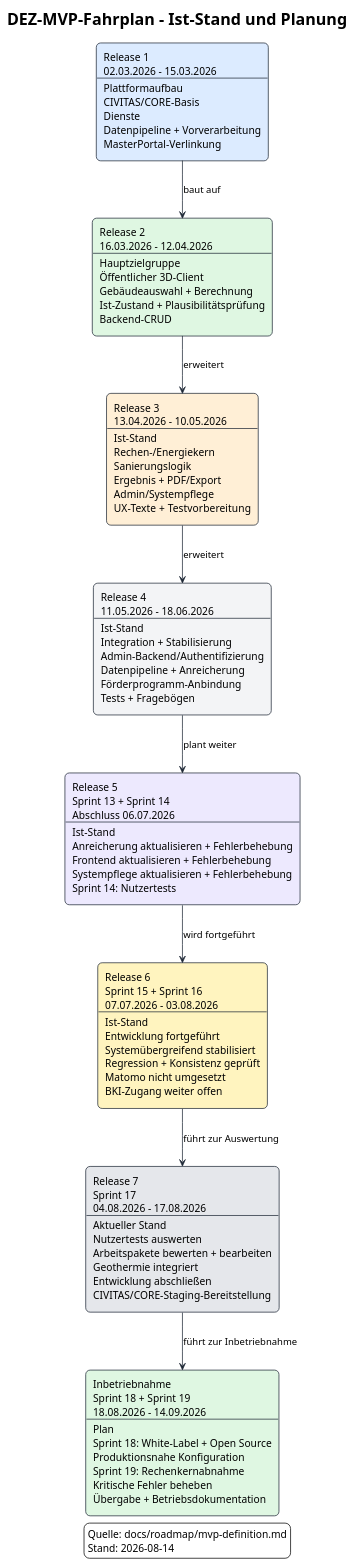
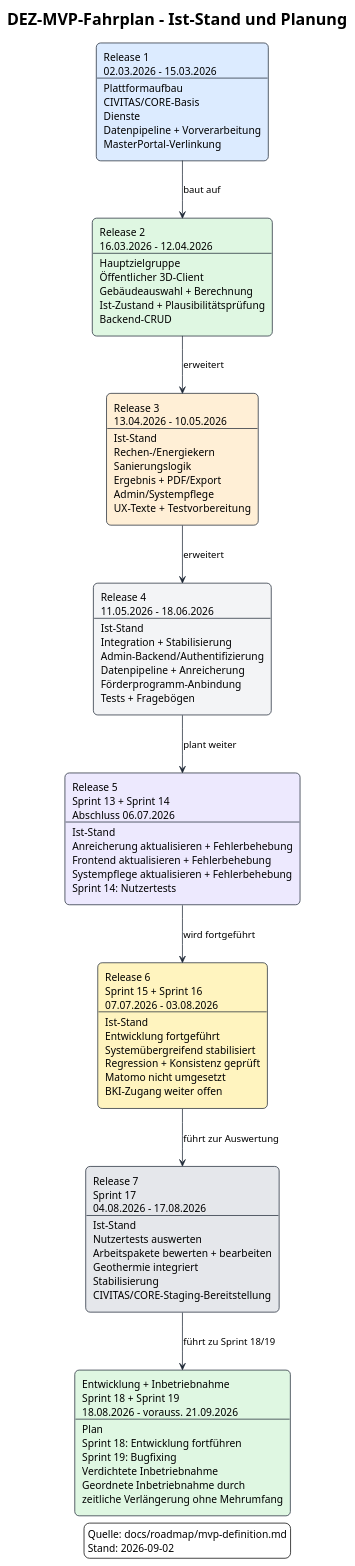
One commit to csi-FOXBYTE/Regensburg_DigitalerEnergieZwilling_Backend changed the diagram in docs/roadmap/raw/mvp-roadmap.puml. Above: the diagram before and after it, drawn with PlantUML. The commit also changed 3 other files, not shown here.

Commit message:
docs: updated roadmap and source references

```diff
--- a/docs/roadmap/raw/mvp-roadmap.puml
+++ b/docs/roadmap/raw/mvp-roadmap.puml
@@ -1,44 +1,44 @@
 @startuml
 !theme plain
 
 title DEZ-MVP-Fahrplan - Ist-Stand und Planung
 top to bottom direction
 
 skinparam shadowing false
 skinparam defaultFontName Arial
 skinparam rectangle {
   RoundCorner 12
   BorderColor #1F2937
 }
 skinparam ArrowColor #1F2937
 
 rectangle "Release 1\n02.03.2026 - 15.03.2026\n---\nPlattformaufbau\nCIVITAS/CORE-Basis\nDienste\nDatenpipeline + Vorverarbeitung\nMasterPortal-Verlinkung" as R1 #DCEBFF
 
 rectangle "Release 2\n16.03.2026 - 12.04.2026\n---\nHauptzielgruppe\nÖffentlicher 3D-Client\nGebäudeauswahl + Berechnung\nIst-Zustand + Plausibilitätsprüfung\nBackend-CRUD" as R2 #DFF7E2
 
 rectangle "Release 3\n13.04.2026 - 10.05.2026\n---\nIst-Stand\nRechen-/Energiekern\nSanierungslogik\nErgebnis + PDF/Export\nAdmin/Systempflege\nUX-Texte + Testvorbereitung" as R3 #FFEFD6
 
 rectangle "Release 4\n11.05.2026 - 18.06.2026\n---\nIst-Stand\nIntegration + Stabilisierung\nAdmin-Backend/Authentifizierung\nDatenpipeline + Anreicherung\nFörderprogramm-Anbindung\nTests + Fragebögen" as R4 #F3F4F6
 
 rectangle "Release 5\nSprint 13 + Sprint 14\nAbschluss 06.07.2026\n---\nIst-Stand\nAnreicherung aktualisieren + Fehlerbehebung\nFrontend aktualisieren + Fehlerbehebung\nSystempflege aktualisieren + Fehlerbehebung\nSprint 14: Nutzertests" as R5 #EDE9FE
 
 rectangle "Release 6\nSprint 15 + Sprint 16\n07.07.2026 - 03.08.2026\n---\nIst-Stand\nEntwicklung fortgeführt\nSystemübergreifend stabilisiert\nRegression + Konsistenz geprüft\nMatomo nicht umgesetzt\nBKI-Zugang weiter offen" as R6 #FFF4BF
 
-rectangle "Release 7\nSprint 17\n04.08.2026 - 17.08.2026\n---\nAktueller Stand\nNutzertests auswerten\nArbeitspakete bewerten + bearbeiten\nGeothermie integriert\nEntwicklung abschließen\nCIVITAS/CORE-Staging-Bereitstellung" as R7 #E5E7EB
+rectangle "Release 7\nSprint 17\n04.08.2026 - 17.08.2026\n---\nIst-Stand\nNutzertests auswerten\nArbeitspakete bewerten + bearbeiten\nGeothermie integriert\nStabilisierung\nCIVITAS/CORE-Staging-Bereitstellung" as R7 #E5E7EB
 
-rectangle "Inbetriebnahme\nSprint 18 + Sprint 19\n18.08.2026 - 14.09.2026\n---\nPlan\nSprint 18: White-Label + Open Source\nProduktionsnahe Konfiguration\nSprint 19: Rechenkernabnahme\nKritische Fehler beheben\nÜbergabe + Betriebsdokumentation" as IB #DFF7E2
+rectangle "Entwicklung + Inbetriebnahme\nSprint 18 + Sprint 19\n18.08.2026 - vorauss. 21.09.2026\n---\nPlan\nSprint 18: Entwicklung fortführen\nSprint 19: Bugfixing\nVerdichtete Inbetriebnahme\nGeordnete Inbetriebnahme durch\nzeitliche Verlängerung ohne Mehrumfang" as IB #DFF7E2
 
 R1 --> R2 : baut auf
 R2 --> R3 : erweitert
 R3 --> R4 : erweitert
 R4 --> R5 : plant weiter
 R5 --> R6 : wird fortgeführt
 R6 --> R7 : führt zur Auswertung
-R7 --> IB : führt zur Inbetriebnahme
+R7 --> IB : führt zu Sprint 18/19
 
 legend right
   Quelle: docs/roadmap/mvp-definition.md
-  Stand: 2026-08-14
+  Stand: 2026-09-02
 endlegend
 
 @enduml
```
